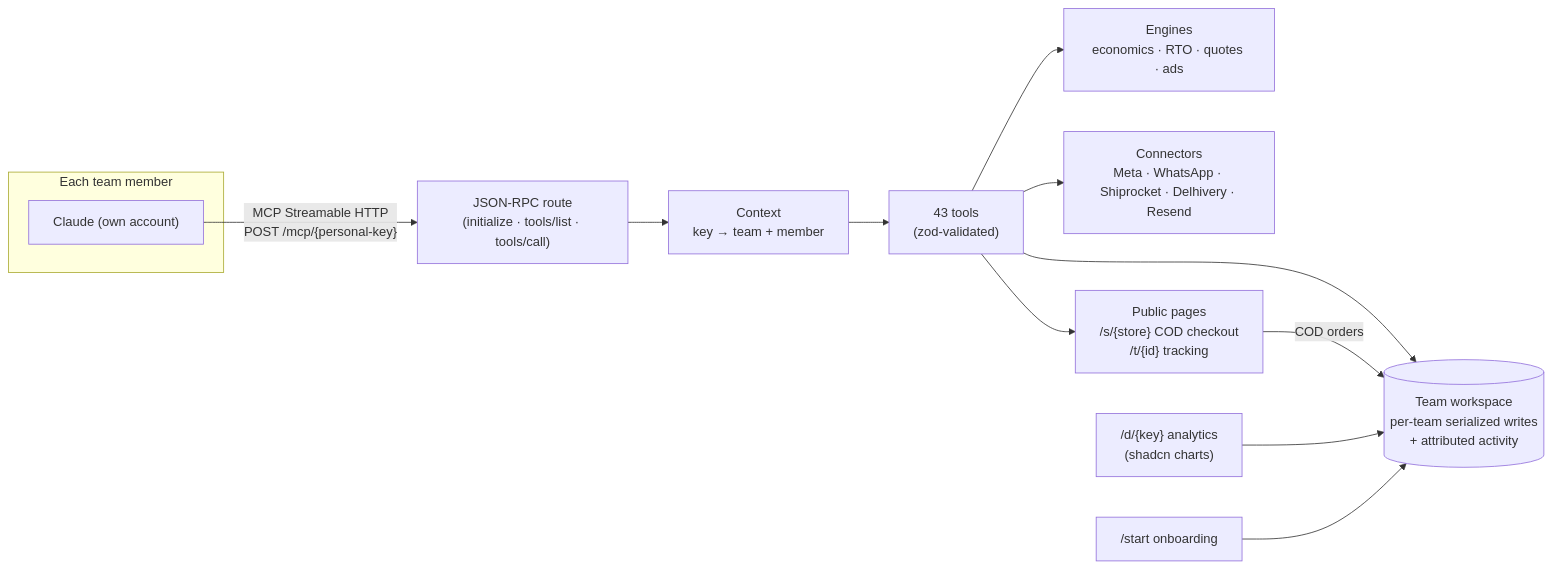
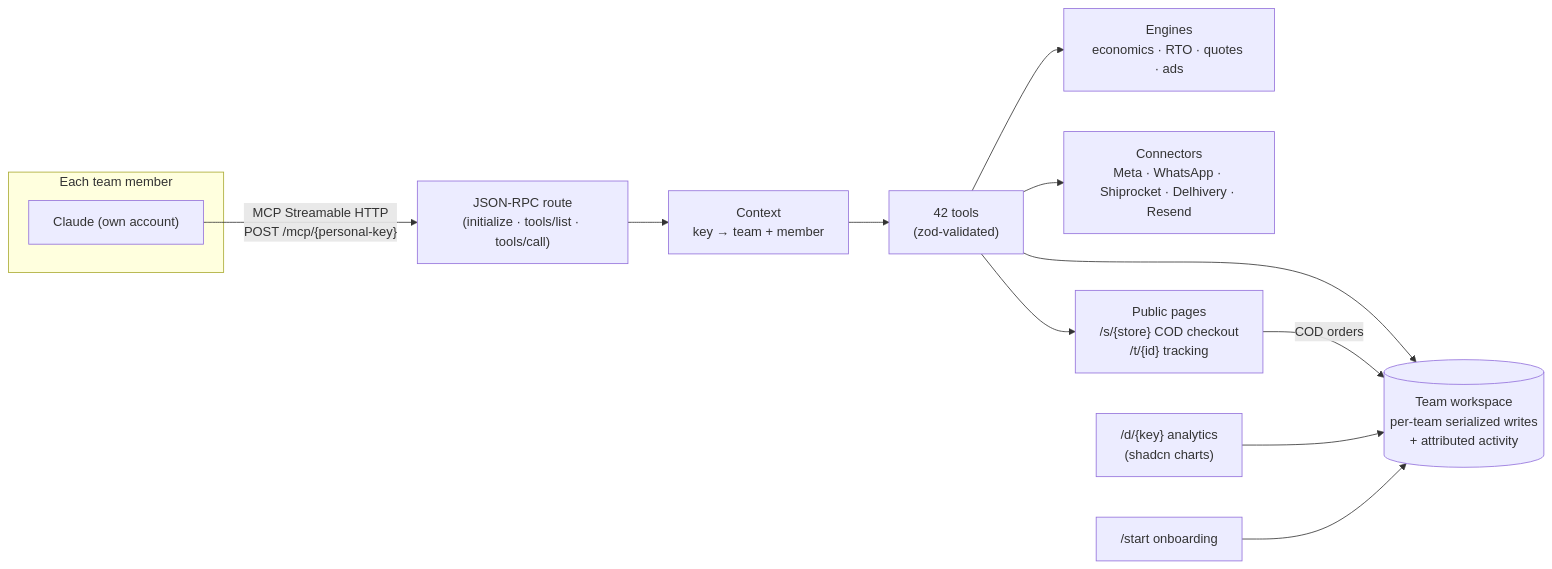
One commit to arnavsharma30/buildathon-cuck-coderz changed the diagram in README.md. Above: the diagram before and after it, drawn with Mermaid. The commit also changed other lines of this file and 10 other files, not shown here.

````diff
--- a/README.md
+++ b/README.md
@@ -287,16 +285,16 @@
 ```mermaid
 flowchart LR
   subgraph Team["Each team member"]
     C1["Claude (own account)"]
   end
   C1 -- "MCP Streamable HTTP<br/>POST /mcp/{personal-key}" --> R["JSON-RPC route<br/>(initialize · tools/list · tools/call)"]
   R --> CTX["Context<br/>key → team + member"]
-  CTX --> T["43 tools<br/>(zod-validated)"]
+  CTX --> T["42 tools<br/>(zod-validated)"]
   T --> E["Engines<br/>economics · RTO · quotes · ads"]
   T --> W[("Team workspace<br/>per-team serialized writes<br/>+ attributed activity")]
   T --> X["Connectors<br/>Meta · WhatsApp · Shiprocket · Delhivery · Resend"]
   T --> P["Public pages<br/>/s/{store} COD checkout<br/>/t/{id} tracking"]
   P -- "COD orders" --> W
   D["/d/{key} analytics<br/>(shadcn charts)"] --> W
   O["/start onboarding"] --> W
 ```
````
